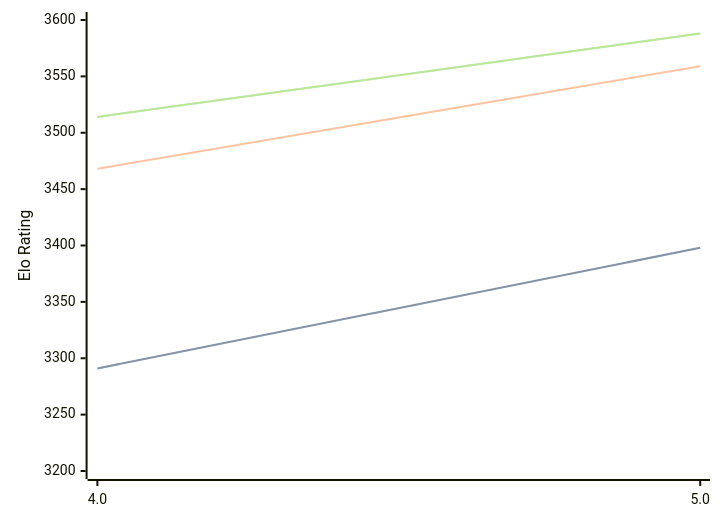
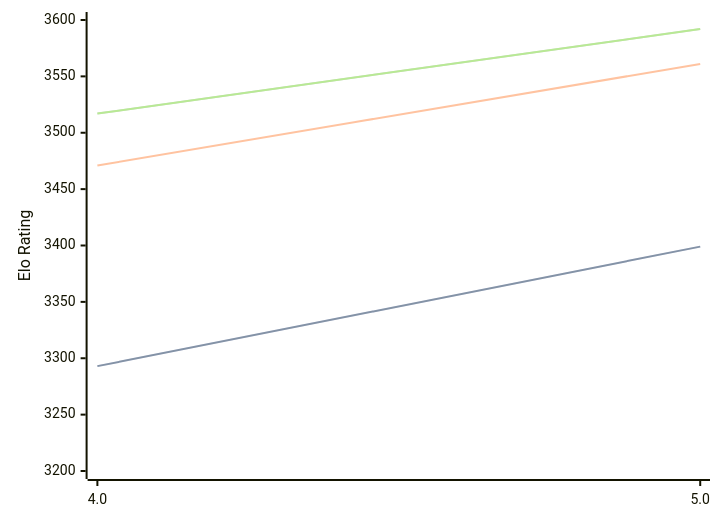
The diagram in engines/Tarnished.md (computer-chess-index/cci), drawn with Mermaid before and after one commit. The commit also changed other lines of this file, not shown here.

Commit message:
Update CCI Ratings (ELO VLTC) - 2026-02-20

````diff
--- a/engines/Tarnished.md
+++ b/engines/Tarnished.md
@@ -33,11 +33,11 @@
 ```mermaid
 %%{init: {"theme":"base","themeVariables":{"seriesColors:['#a3a3a3','#222221','#faa371']}}}%%
 xychart-beta
   x-axis ["4.0", "5.0"]
   y-axis "Elo Rating" 3200 --> 3600
-  line "STC (8.0+0.08s)" [3291, 3398]
-  line "STC (8.0+0.08s)" [3291, 3398]
-  line "LTC (60.0+0.60s)" [3468, 3559]
-  line "VLTC (2m24s+1.12s)" [3514, 3588]
-  line "VLTC (2m24s+1.12s)" [3514, 3588]
+  line "STC (8.0+0.08s)" [3293, 3399]
+  line "STC (8.0+0.08s)" [3293, 3399]
+  line "LTC (60.0+0.60s)" [3471, 3561]
+  line "VLTC (2m24s+1.12s)" [3517, 3592]
+  line "VLTC (2m24s+1.12s)" [3517, 3592]
 ```
````
